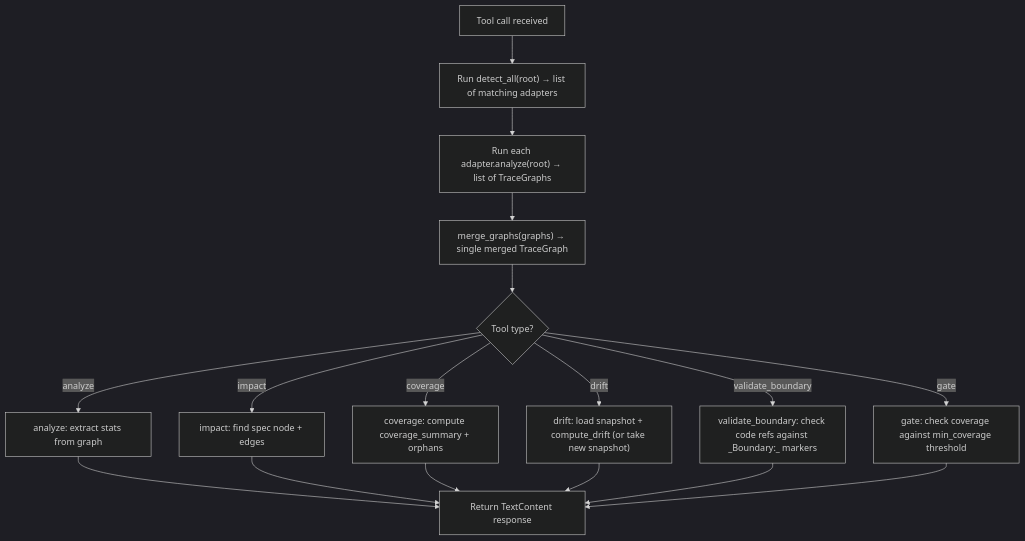
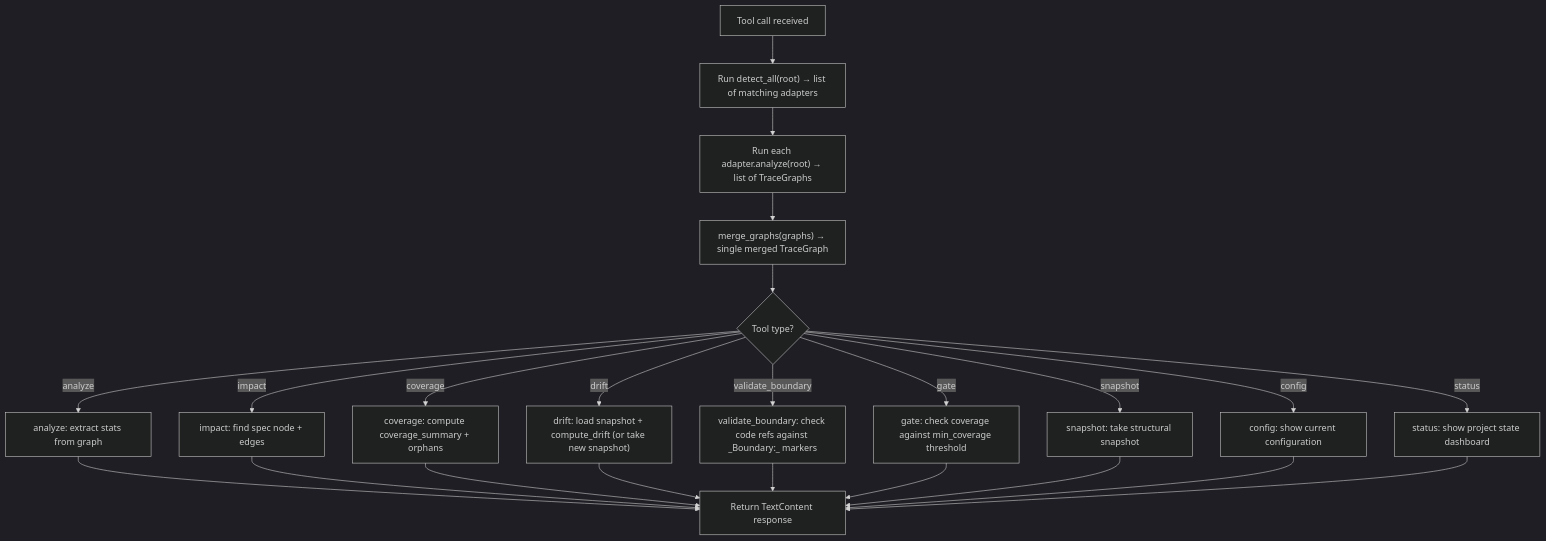
One commit to nekolife1984/specbridge changed the second of 2 diagrams in docs/en/10-mcp-integration.md. Above: the diagram before and after it, drawn with Mermaid (dark theme). The commit also changed other lines of this file and 1 other file, not shown here.

````diff
--- a/docs/en/10-mcp-integration.md
+++ b/docs/en/10-mcp-integration.md
@@ -145,31 +169,40 @@
 ```mermaid
 flowchart TB
     CALL["Tool call received"]
     DA["Run detect_all(root) → list of matching adapters"]
     AN["Run each adapter.analyze(root) → list of TraceGraphs"]
     MG["merge_graphs(graphs) → single merged TraceGraph"]
 
     BRANCH{"Tool type?"}
     ANA["analyze: extract stats from graph"]
     IMP["impact: find spec node + edges"]
     COV["coverage: compute coverage_summary + orphans"]
     DRI["drift: load snapshot + compute_drift (or take new snapshot)"]
     VB["validate_boundary: check code refs against _Boundary:_ markers"]
     GATE["gate: check coverage against min_coverage threshold"]
+    SNAP["snapshot: take structural snapshot"]
+    CONF["config: show current configuration"]
+    STAT["status: show project state dashboard"]
 
     RESP["Return TextContent response"]
 
     CALL --> DA --> AN --> MG --> BRANCH
     BRANCH -->|analyze| ANA
     BRANCH -->|impact| IMP
     BRANCH -->|coverage| COV
     BRANCH -->|drift| DRI
     BRANCH -->|validate_boundary| VB
     BRANCH -->|gate| GATE
+    BRANCH -->|snapshot| SNAP
+    BRANCH -->|config| CONF
+    BRANCH -->|status| STAT
     ANA --> RESP
     IMP --> RESP
     COV --> RESP
     DRI --> RESP
     VB --> RESP
     GATE --> RESP
+    SNAP --> RESP
+    CONF --> RESP
+    STAT --> RESP
 ```
````
